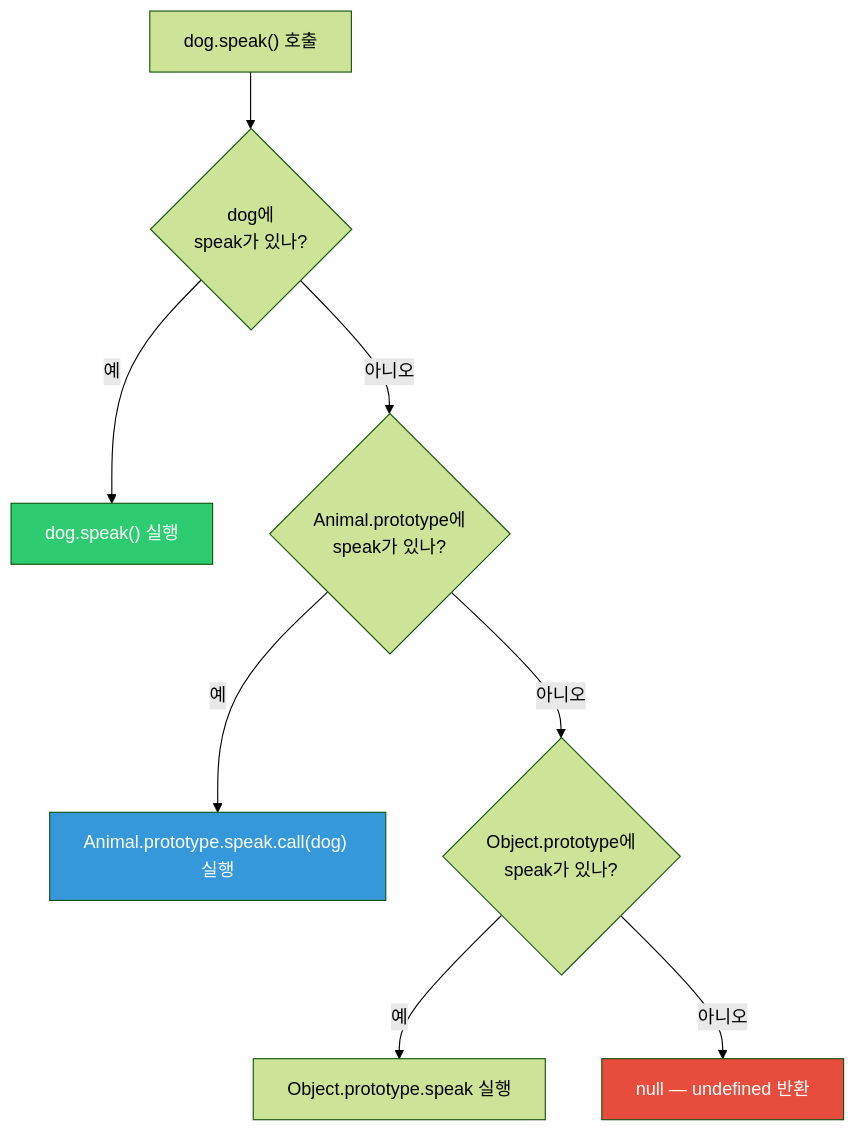
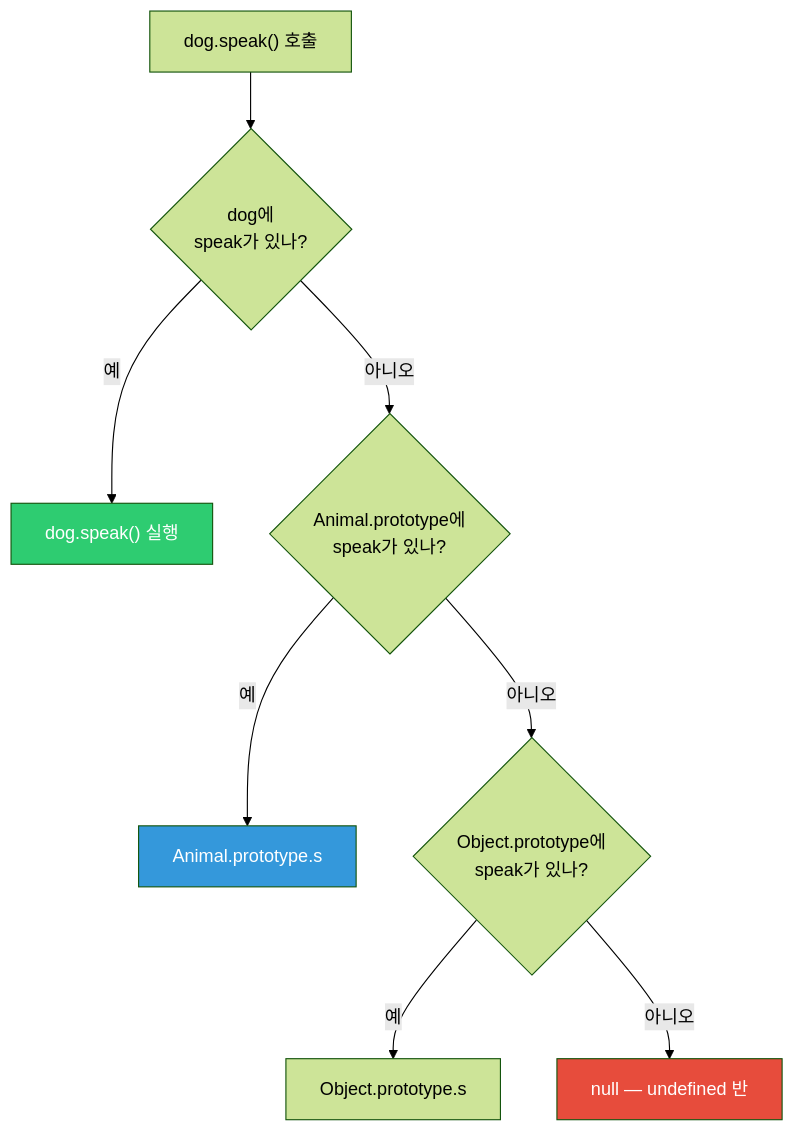
One commit to yjkim2015/yjkim2015.github.io changed the second of 6 diagrams in _posts/frontend/2026-05-02-js-prototype.md. Above: the diagram before and after it, drawn with Mermaid (forest theme). The commit also changed other lines of this file and 271 other files, not shown here.

First line of the commit message:
Mermaid 라벨 축소: 긴 노드 텍스트 18자 이하로 트림 + \n 제거

````diff
--- a/_posts/frontend/2026-05-02-js-prototype.md
+++ b/_posts/frontend/2026-05-02-js-prototype.md
@@ -71,13 +71,13 @@
 ```mermaid
 flowchart TD
     A["dog.speak() 호출"] --> B{"dog에<br>speak가 있나?"}
     B -->|"예"| C["dog.speak() 실행"]
     B -->|"아니오"| D{"Animal.prototype에<br>speak가 있나?"}
-    D -->|"예"| E["Animal.prototype.speak.call(dog) 실행"]
+    D -->|"예"| E["Animal.prototype.s"]
     D -->|"아니오"| F{"Object.prototype에<br>speak가 있나?"}
-    F -->|"예"| G["Object.prototype.speak 실행"]
-    F -->|"아니오"| H["null — undefined 반환"]
+    F -->|"예"| G["Object.prototype.s"]
+    F -->|"아니오"| H["null — undefined 반"]
     style C fill:#2ecc71,color:#fff
     style E fill:#3498db,color:#fff
     style H fill:#e74c3c,color:#fff
 ```
````
